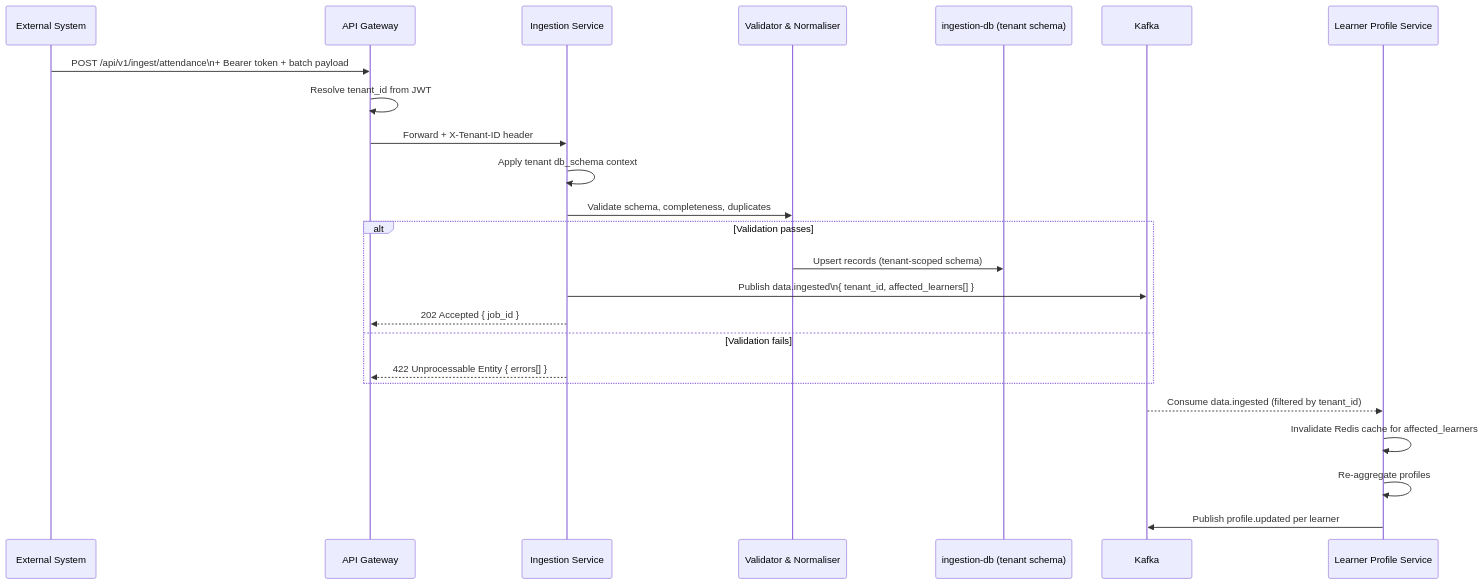
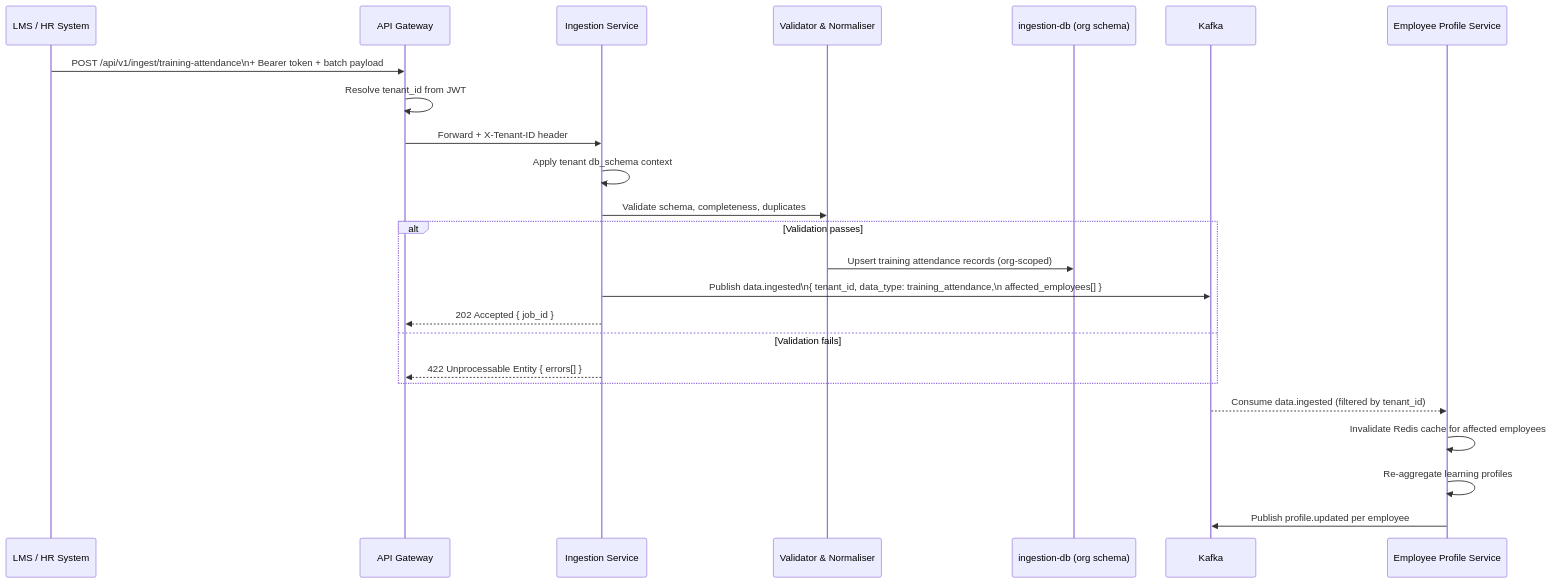
Before and after one commit to taarak18/propeller: the third of 9 diagrams in L-D/.sasva/overview/03-technical-flows.md, drawn with Mermaid. The commit also changed other lines of this file and 6 other files, not shown here.

````diff
--- a/L-D/.sasva/overview/03-technical-flows.md
+++ b/L-D/.sasva/overview/03-technical-flows.md
@@ -84,28 +84,28 @@
 ```mermaid
 sequenceDiagram
-    participant EXT as External System
+    participant LMS as LMS / HR System
     participant GW as API Gateway
     participant ING as Ingestion Service
     participant VAL as Validator & Normaliser
-    participant DB as ingestion-db (tenant schema)
+    participant DB as ingestion-db (org schema)
     participant KAFKA as Kafka
-    participant PROF as Learner Profile Service
+    participant PROF as Employee Profile Service
 
-    EXT->>GW: POST /api/v1/ingest/attendance\n+ Bearer token + batch payload
+    LMS->>GW: POST /api/v1/ingest/training-attendance\n+ Bearer token + batch payload
     GW->>GW: Resolve tenant_id from JWT
     GW->>ING: Forward + X-Tenant-ID header
     ING->>ING: Apply tenant db_schema context
     ING->>VAL: Validate schema, completeness, duplicates
     alt Validation passes
-        VAL->>DB: Upsert records (tenant-scoped schema)
-        ING->>KAFKA: Publish data.ingested\n{ tenant_id, affected_learners[] }
+        VAL->>DB: Upsert training attendance records (org-scoped)
+        ING->>KAFKA: Publish data.ingested\n{ tenant_id, data_type: training_attendance,\n  affected_employees[] }
         ING-->>GW: 202 Accepted { job_id }
     else Validation fails
         ING-->>GW: 422 Unprocessable Entity { errors[] }
     end
 
     KAFKA-->>PROF: Consume data.ingested (filtered by tenant_id)
-    PROF->>PROF: Invalidate Redis cache for affected_learners
-    PROF->>PROF: Re-aggregate profiles
-    PROF->>KAFKA: Publish profile.updated per learner
+    PROF->>PROF: Invalidate Redis cache for affected employees
+    PROF->>PROF: Re-aggregate learning profiles
+    PROF->>KAFKA: Publish profile.updated per employee
 ```
````
